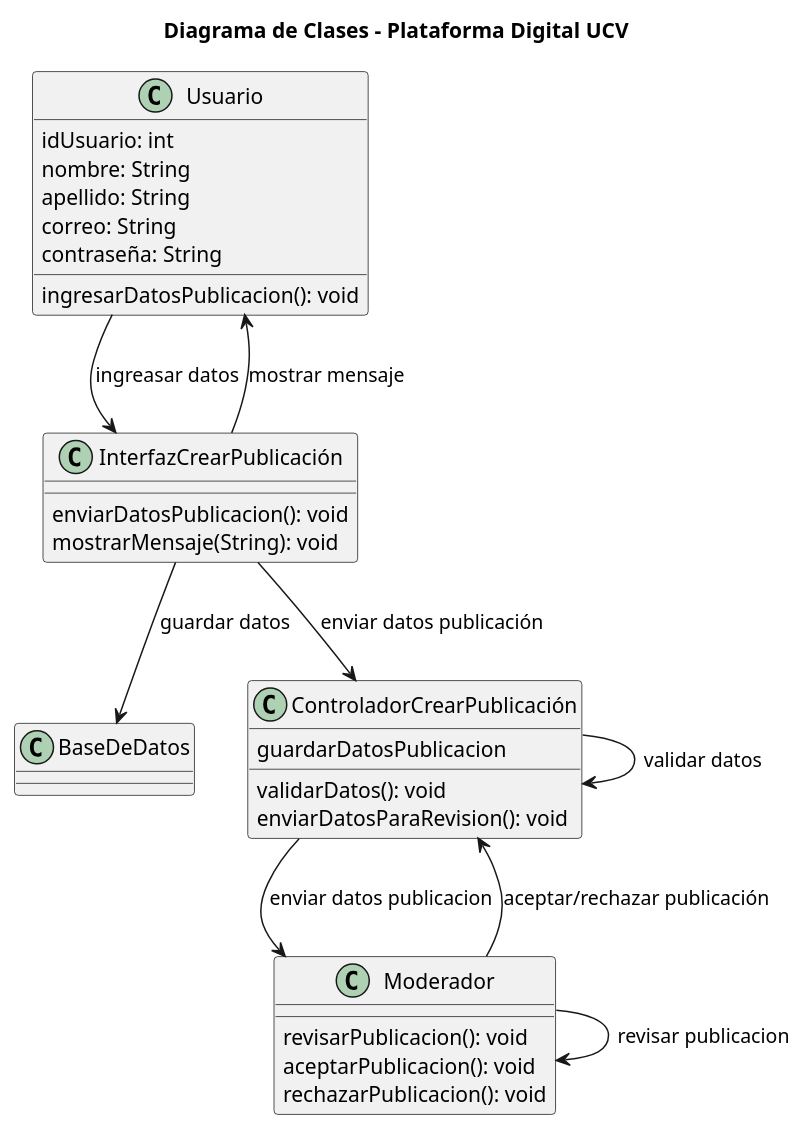
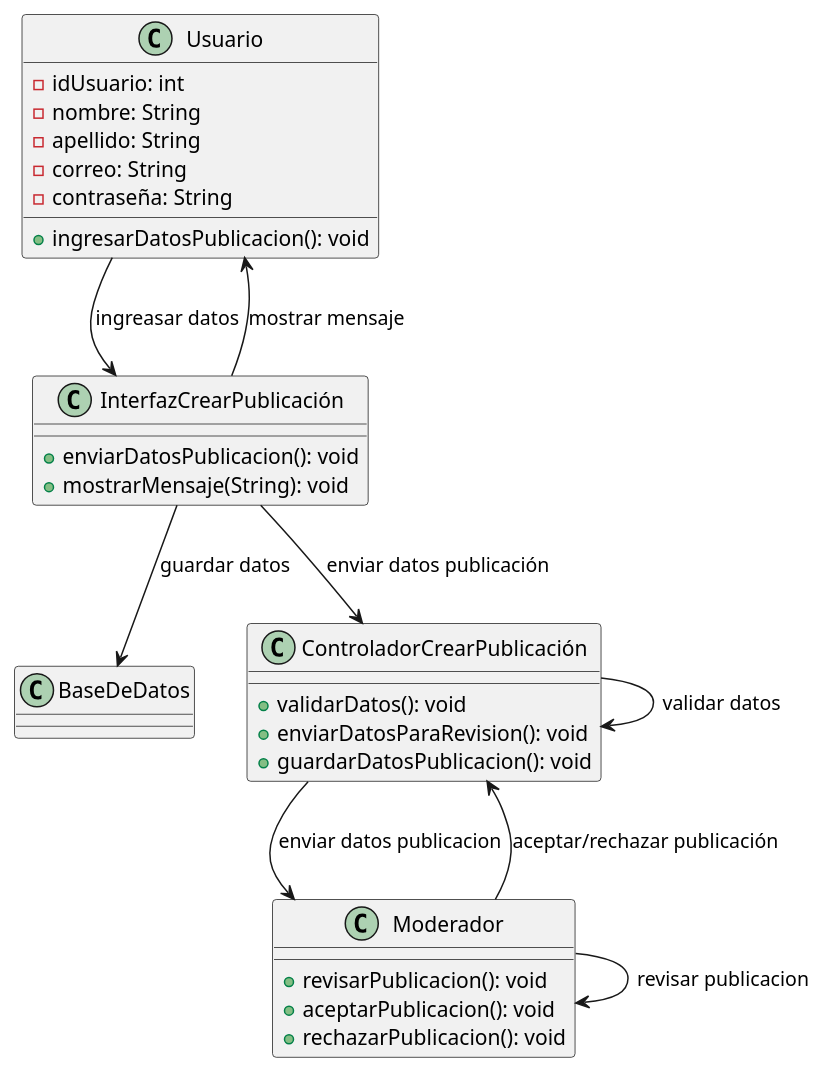
One commit to RolandoU548/Plataforma-Digital-IS changed the diagram in docs/logicalView/designView/DiagramClass.plantuml. Above: the diagram before and after it, drawn with PlantUML. The commit also changed 7 other files, not shown here.

```diff
--- a/docs/logicalView/designView/DiagramClass.plantuml
+++ b/docs/logicalView/designView/DiagramClass.plantuml
@@ -1,55 +1,54 @@
 @startuml r14
 
 /'
 Crear el diagrama de despliegue del modelo de diseño del proyecto. Crear también el diagrama de clases y secuencia de un caso de uso representativo de la arquitectura, así como el diagrama que muestre la traza de las clases de diseño del modelo de diseño hacia clases del modelo de análisis.
 
 Entregar los diagramas de despliegue, clases, secuencia y de traza del proyecto.
 '/
-title Diagrama de Clases - Plataforma Digital UCV
 
 Usuario --> InterfazCrearPublicación : ingreasar datos
 
 InterfazCrearPublicación --> BaseDeDatos : guardar datos
 InterfazCrearPublicación --> ControladorCrearPublicación : enviar datos publicación 
 InterfazCrearPublicación --> Usuario : mostrar mensaje 
 
 ControladorCrearPublicación --> ControladorCrearPublicación : validar datos
 ControladorCrearPublicación --> Moderador : enviar datos publicacion
 
 Moderador --> Moderador : revisar publicacion
 Moderador --> ControladorCrearPublicación : aceptar/rechazar publicación
 
 
 class Usuario {
-    idUsuario: int
-    nombre: String
-    apellido: String
-    correo: String
-    contraseña: String
+    -idUsuario: int
+    -nombre: String
+    -apellido: String
+    -correo: String
+    -contraseña: String
 
-    ingresarDatosPublicacion(): void
+    +ingresarDatosPublicacion(): void
 }
 
 class InterfazCrearPublicación
 {
-    enviarDatosPublicacion(): void
-    mostrarMensaje(String): void
+    +enviarDatosPublicacion(): void
+    +mostrarMensaje(String): void
 }
 
 class ControladorCrearPublicación
 {
-    validarDatos(): void 
-    enviarDatosParaRevision(): void
-    guardarDatosPublicacion
+    +validarDatos(): void 
+    +enviarDatosParaRevision(): void
+    +guardarDatosPublicacion(): void
 }
 
 class Moderador 
 {
-    revisarPublicacion(): void
-    aceptarPublicacion(): void
-    rechazarPublicacion(): void
+    +revisarPublicacion(): void
+    +aceptarPublicacion(): void
+    +rechazarPublicacion(): void
 }
 
 class BaseDeDatos
 
 @enduml
```
